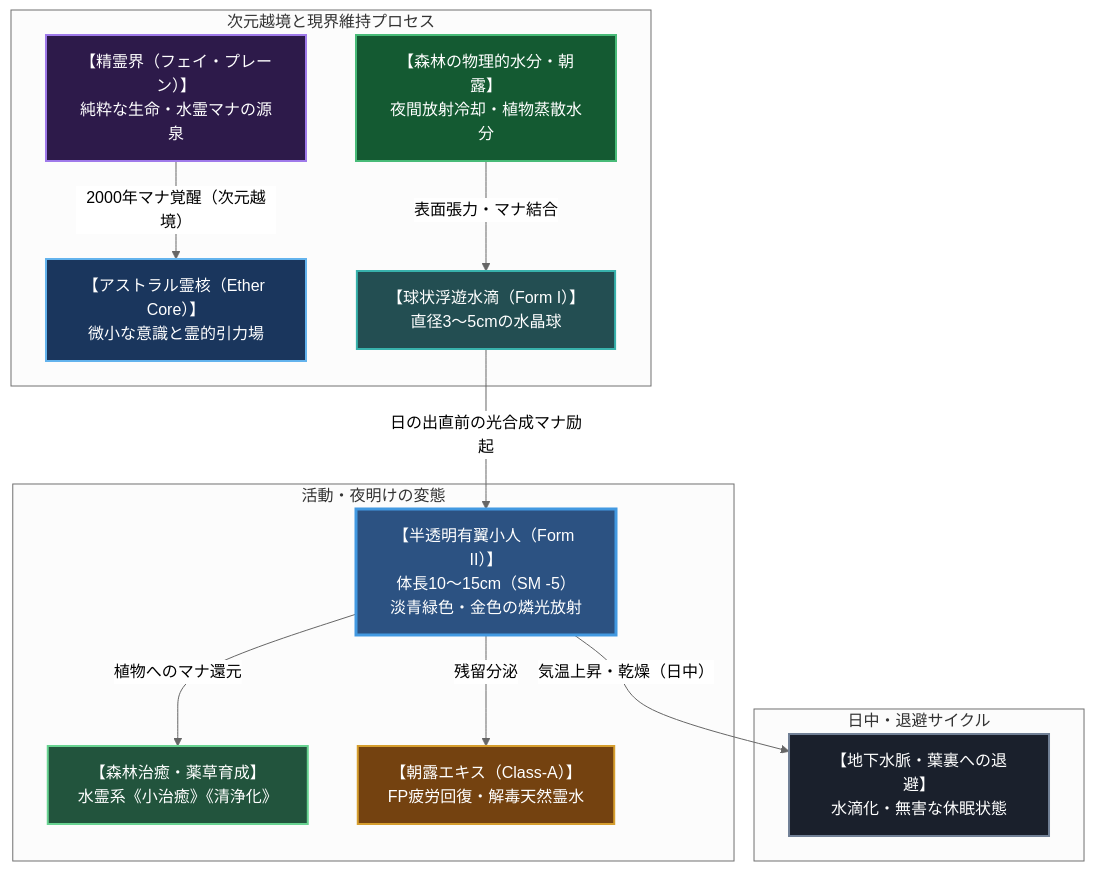
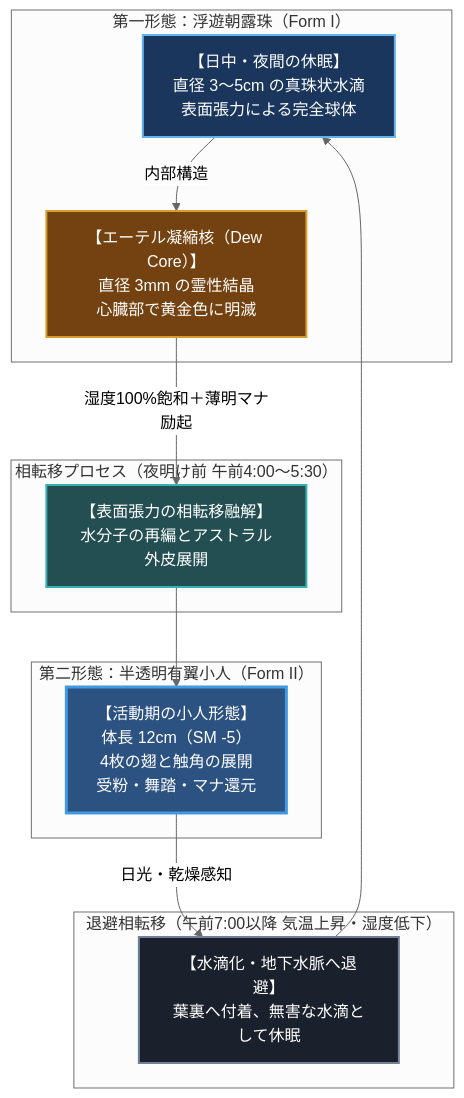
The first of 2 diagrams in creatures/005_dew_sprite.md (takenoriohno-cloud/world-building), drawn with Mermaid (neutral theme) before and after one commit. The commit also changed other lines of this file and 29 other files, not shown here.

Commit message:
feature/updateCreature add: qgisというオープンソースの地図で色付きの地図作成可能に

````diff
--- a/creatures/005_dew_sprite.md
+++ b/creatures/005_dew_sprite.md
@@ -62,26 +116,26 @@
 ```mermaid
 graph TD
-    subgraph "次元越境と現界維持プロセス"
-        P["【精霊界（フェイ・プレーン）】<br>純粋な生命・水霊マナの源泉"] -->|"2000年マナ覚醒（次元越境）"| E["【アストラル霊核（Ether Core）】<br>微小な意識と霊的引力場"]
-        M["【森林の物理的水分・朝露】<br>夜間放射冷却・植物蒸散水分"] -->|"表面張力・マナ結合"| S["【球状浮遊水滴（Form I）】<br>直径3〜5cmの水晶球"]
+    subgraph "第一形態：浮遊朝露珠（Form I）"
+        A["【日中・夜間の休眠】<br>直径 3〜5cm の真珠状水滴<br>表面張力による完全球体"]
+        A -->|"内部構造"| B["【エーテル凝縮核（Dew Core）】<br>直径 3mm の霊性結晶<br>心臓部で黄金色に明滅"]
     end
 
-    subgraph "活動・夜明けの変態"
-        S -->|"日の出直前の光合成マナ励起"| F["【半透明有翼小人（Form II）】<br>体長10〜15cm（SM -5）<br>淡青緑色・金色の燐光放射"]
-        F -->|"植物へのマナ還元"| P1["【森林治癒・薬草育成】<br>水霊系《小治癒》《清浄化》"]
-        F -->|"残留分泌"| P2["【朝露エキス（Class-A）】<br>FP疲労回復・解毒天然霊水"]
+    subgraph "相転移プロセス（夜明け前 午前4:00〜5:30）"
+        B -->|"湿度100%飽和＋薄明マナ励起"| C["【表面張力の相転移融解】<br>水分子の再編とアストラル外皮展開"]
     end
 
-    subgraph "日中・退避サイクル"
-        F -->|"気温上昇・乾燥（日中）"| H["【地下水脈・葉裏への退避】<br>水滴化・無害な休眠状態"]
+    subgraph "第二形態：半透明有翼小人（Form II）"
+        C --> D["【活動期の小人形態】<br>体長 12cm（SM -5）<br>4枚の翅と触角の展開<br>受粉・舞踏・マナ還元"]
     end
 
-    style P fill:#2d1a4a,stroke:#9f7aea,stroke-width:2px,color:#ffffff;
-    style E fill:#1a365d,stroke:#63b3ed,stroke-width:2px,color:#ffffff;
-    style M fill:#145a32,stroke:#48bb78,stroke-width:2px,color:#ffffff;
-    style S fill:#234e52,stroke:#38b2ac,stroke-width:2px,color:#ffffff;
-    style F fill:#2c5282,stroke:#4299e1,stroke-width:3px,color:#ffffff;
-    style P1 fill:#22543d,stroke:#68d391,stroke-width:2px,color:#ffffff;
-    style P2 fill:#744210,stroke:#d69e2e,stroke-width:2px,color:#ffffff;
-    style H fill:#1a202c,stroke:#718096,stroke-width:2px,color:#ffffff;
+    subgraph "退避相転移（午前7:00以降 気温上昇・湿度低下）"
+        D -->|"日光・乾燥感知"| E["【水滴化・地下水脈へ退避】<br>葉裏へ付着、無害な水滴として休眠"]
+        E --> A
+    end
+
+    style A fill:#1a365d,stroke:#63b3ed,stroke-width:2px,color:#ffffff;
+    style B fill:#744210,stroke:#d69e2e,stroke-width:2px,color:#ffffff;
+    style C fill:#234e52,stroke:#38b2ac,stroke-width:2px,color:#ffffff;
+    style D fill:#2c5282,stroke:#4299e1,stroke-width:3px,color:#ffffff;
+    style E fill:#1a202c,stroke:#718096,stroke-width:2px,color:#ffffff;
 ```
````
